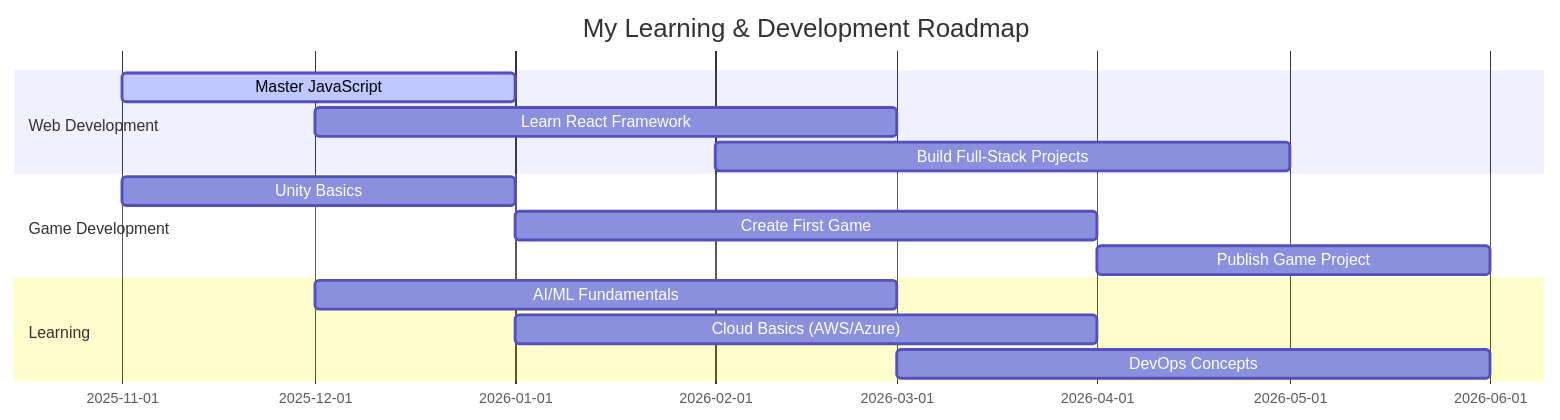
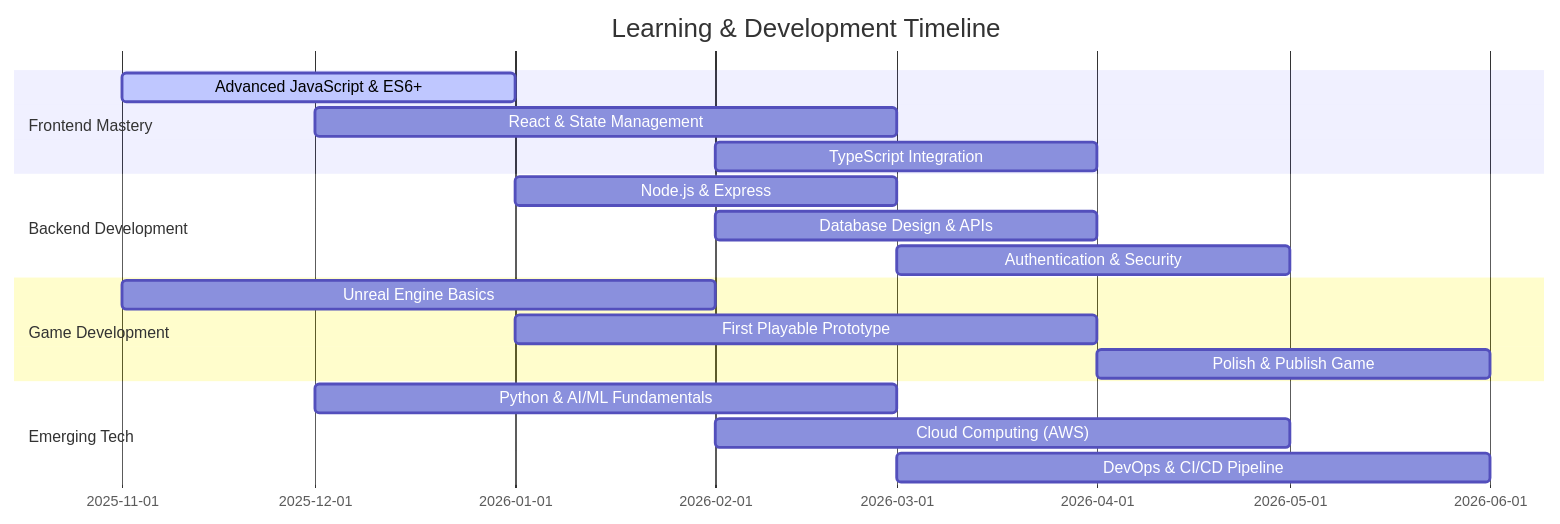
Before and after one commit to abbu1809/Abhishek1809: the second of 2 diagrams in README.md, drawn with Mermaid. The commit also changed other lines of this file and 1 other file, not shown here.

First line of the commit message:
Add GitHub Actions workflow to generate and publish snake animation

````diff
--- a/README.md
+++ b/README.md
@@ -348,17 +322,24 @@
 ```mermaid
 gantt
-    title My Learning & Development Roadmap
+    title Learning & Development Timeline
     dateFormat YYYY-MM
-    section Web Development
-    Master JavaScript           :active, web1, 2025-11, 2026-01
-    Learn React Framework       :web2, 2025-12, 2026-03
-    Build Full-Stack Projects   :web3, 2026-02, 2026-05
+    section Frontend Mastery
+    Advanced JavaScript & ES6+   :active, fe1, 2025-11, 2026-01
+    React & State Management     :fe2, 2025-12, 2026-03
+    TypeScript Integration       :fe3, 2026-02, 2026-04
+    
+    section Backend Development
+    Node.js & Express           :be1, 2026-01, 2026-03
+    Database Design & APIs      :be2, 2026-02, 2026-04
+    Authentication & Security   :be3, 2026-03, 2026-05
+    
     section Game Development
-    Unity Basics                :game1, 2025-11, 2026-01
-    Create First Game           :game2, 2026-01, 2026-04
-    Publish Game Project        :game3, 2026-04, 2026-06
-    section Learning
-    AI/ML Fundamentals          :learn1, 2025-12, 2026-03
-    Cloud Basics (AWS/Azure)    :learn2, 2026-01, 2026-04
-    DevOps Concepts             :learn3, 2026-03, 2026-06
+    Unreal Engine Basics        :gd1, 2025-11, 2026-02
+    First Playable Prototype    :gd2, 2026-01, 2026-04
+    Polish & Publish Game       :gd3, 2026-04, 2026-06
+    
+    section Emerging Tech
+    Python & AI/ML Fundamentals :et1, 2025-12, 2026-03
+    Cloud Computing (AWS)       :et2, 2026-02, 2026-05
+    DevOps & CI/CD Pipeline     :et3, 2026-03, 2026-06
 ```
````
